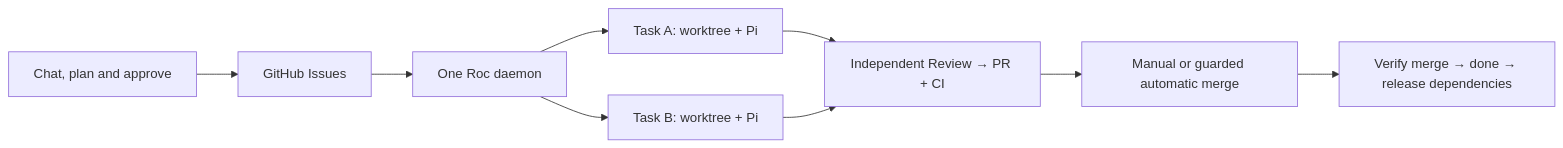
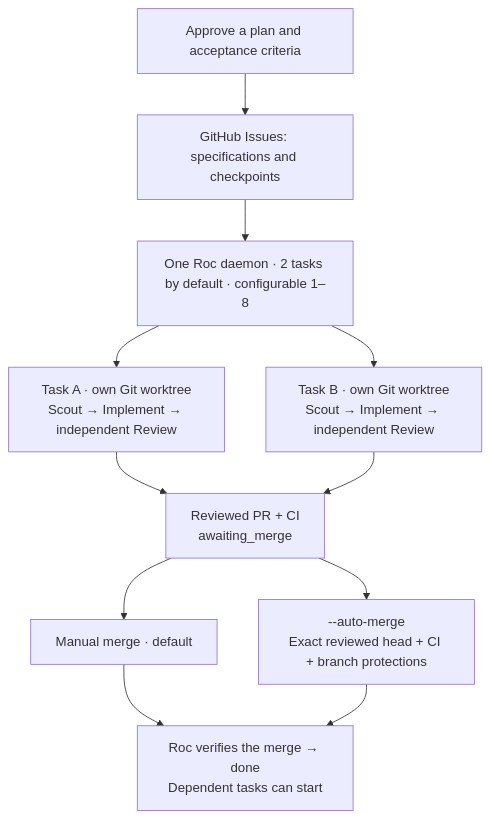
The diagram in README.md (devos-ing/Roc), drawn with Mermaid before and after one commit. The commit also changed other lines of this file and 14 other files, not shown here.

Commit message:
docs: redraw current architecture and explain teammate workflow

````diff
--- a/README.md
+++ b/README.md
@@ -15,11 +15,13 @@
 ```mermaid
-flowchart LR
-    plan["Chat, plan and approve"] --> issues["GitHub Issues"]
-    issues --> daemon["One Roc daemon"]
-    daemon --> a["Task A: worktree + Pi"]
-    daemon --> b["Task B: worktree + Pi"]
-    a --> pr["Independent Review → PR + CI"]
+flowchart TD
+    plan["Approve a plan and acceptance criteria"] --> issues["GitHub Issues: specifications and checkpoints"]
+    issues --> pool["One Roc daemon · 2 tasks by default · configurable 1–8"]
+    pool --> a["Task A · own Git worktree<br/>Scout → Implement → independent Review"]
+    pool --> b["Task B · own Git worktree<br/>Scout → Implement → independent Review"]
+    a --> pr["Reviewed PR + CI<br/>awaiting_merge"]
     b --> pr
-    pr --> merge["Manual or guarded automatic merge"]
-    merge --> done["Verify merge → done → release dependencies"]
+    pr --> manual["Manual merge · default"]
+    pr --> automatic["--auto-merge<br/>Exact reviewed head + CI + branch protections"]
+    manual --> done["Roc verifies the merge → done<br/>Dependent tasks can start"]
+    automatic --> done
 ```
````
